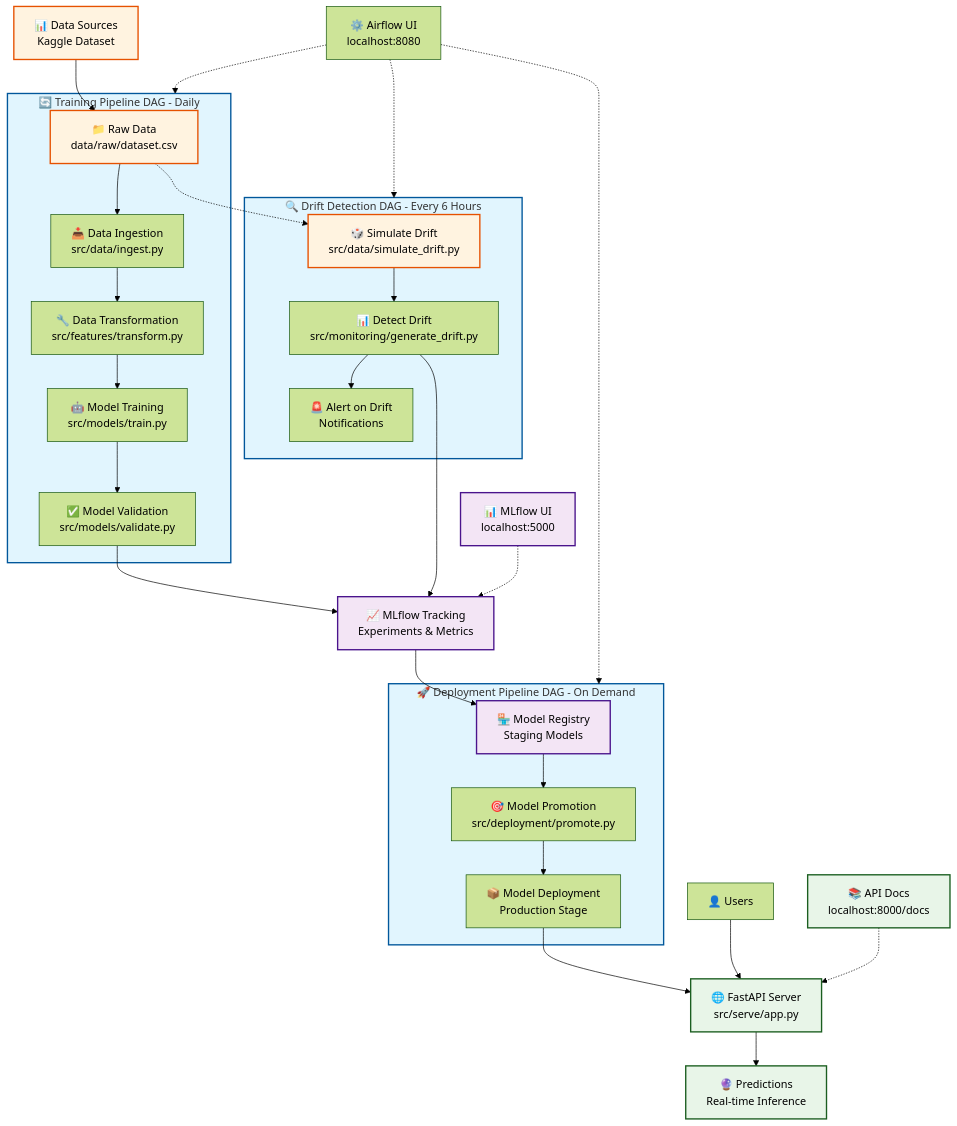
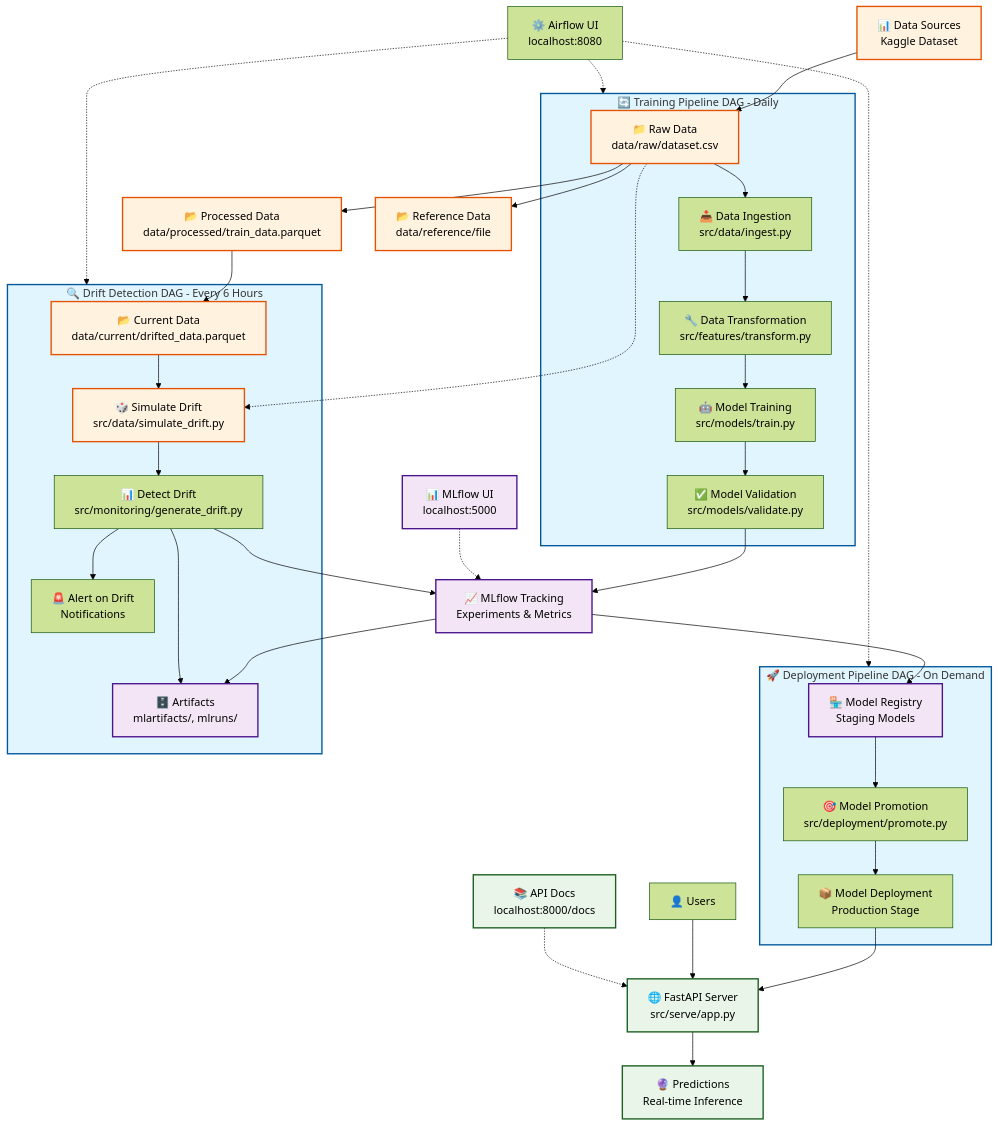
Before and after one commit to akatelync/mlops-final-project: the diagram in README.md, drawn with Mermaid (forest theme). The commit also changed other lines of this file and 6 other files, not shown here.

````diff
--- a/README.md
+++ b/README.md
@@ -20,57 +20,64 @@
 ```mermaid
 graph TB
-    %% Data Sources
-    DS[📊 Data Sources<br/>Kaggle Dataset] --> RAW[📁 Raw Data<br/>data/raw/dataset.csv]
+   %% Data Sources
+   DS[📊 Data Sources<br/>Kaggle Dataset] --> RAW[📁 Raw Data<br/>data/raw/dataset.csv]
 
-    %% Training Pipeline DAG
-    subgraph TP [🔄 Training Pipeline DAG - Daily]
-        RAW --> DI[📥 Data Ingestion<br/>src/data/ingest.py]
-        DI --> DT[🔧 Data Transformation<br/>src/features/transform.py]
-        DT --> MT[🤖 Model Training<br/>src/models/train.py]
-        MT --> MV[✅ Model Validation<br/>src/models/validate.py]
-    end
+   %% Data Storage
+   RAW --> PROC[📂 Processed Data<br/>data/processed/train_data.parquet]
+   RAW --> REF[📂 Reference Data<br/>data/reference/file]
+   PROC --> CURR[📂 Current Data<br/>data/current/drifted_data.parquet]
 
-    %% MLflow Integration
-    MV --> MLF[📈 MLflow Tracking<br/>Experiments & Metrics]
-    MLF --> MR[🏪 Model Registry<br/>Staging Models]
+   %% Training Pipeline DAG
+   subgraph TP [🔄 Training Pipeline DAG - Daily]
+      RAW --> DI[📥 Data Ingestion<br/>src/data/ingest.py]
+      DI --> DT[🔧 Data Transformation<br/>src/features/transform.py]
+      DT --> MT[🤖 Model Training<br/>src/models/train.py]
+      MT --> MV[✅ Model Validation<br/>src/models/validate.py]
+   end
 
-    %% Deployment Pipeline DAG
-    subgraph DP [🚀 Deployment Pipeline DAG - On Demand]
-        MR --> MP[🎯 Model Promotion<br/>src/deployment/promote.py]
-        MP --> MD[📦 Model Deployment<br/>Production Stage]
-    end
+   %% MLflow Integration
+   MV --> MLF[📈 MLflow Tracking<br/>Experiments & Metrics]
+   MLF --> MR[🏪 Model Registry<br/>Staging Models]
+   MLF --> ART[🗄️ Artifacts<br/>mlartifacts/, mlruns/]
 
-    %% Drift Detection Pipeline DAG
-    subgraph DD [🔍 Drift Detection DAG - Every 6 Hours]
-        SD[🎲 Simulate Drift<br/>src/data/simulate_drift.py]
-        SD --> DDT[📊 Detect Drift<br/>src/monitoring/generate_drift.py]
-        DDT --> AL[🚨 Alert on Drift<br/>Notifications]
-    end
+   %% Deployment Pipeline DAG
+   subgraph DP [🚀 Deployment Pipeline DAG - On Demand]
+      MR --> MP[🎯 Model Promotion<br/>src/deployment/promote.py]
+      MP --> MD[📦 Model Deployment<br/>Production Stage]
+   end
 
-    %% Current Data Flow
-    RAW -.-> SD
-    DDT --> MLF
+   %% Drift Detection Pipeline DAG
+   subgraph DD [🔍 Drift Detection DAG - Every 6 Hours]
+      CURR --> SD[🎲 Simulate Drift<br/>src/data/simulate_drift.py]
+      SD --> DDT[📊 Detect Drift<br/>src/monitoring/generate_drift.py]
+      DDT --> AL[🚨 Alert on Drift<br/>Notifications]
+      DDT --> ART
+   end
 
-    %% Model Serving
-    MD --> API[🌐 FastAPI Server<br/>src/serve/app.py]
-    API --> PRED[🔮 Predictions<br/>Real-time Inference]
+   %% Current Data Flow
+   RAW -.-> SD
+   DDT --> MLF
 
-    %% External Access
-    USER[👤 Users] --> API
-    AIRFLOW[⚙️ Airflow UI<br/>localhost:8080] -.-> TP
-    AIRFLOW -.-> DP
-    AIRFLOW -.-> DD
-    MLFLOW_UI[📊 MLflow UI<br/>localhost:5000] -.-> MLF
-    API_DOCS[📚 API Docs<br/>localhost:8000/docs] -.-> API
+   %% Model Serving
+   MD --> API[🌐 FastAPI Server<br/>src/serve/app.py]
+   API --> PRED[🔮 Predictions<br/>Real-time Inference]
 
-    %% Styling
-    classDef dagBox fill:#e1f5fe,stroke:#01579b,stroke-width:2px
-    classDef mlflowBox fill:#f3e5f5,stroke:#4a148c,stroke-width:2px
-    classDef apiBox fill:#e8f5e8,stroke:#1b5e20,stroke-width:2px
-    classDef dataBox fill:#fff3e0,stroke:#e65100,stroke-width:2px
+   %% External Access
+   USER[👤 Users] --> API
+   AIRFLOW[⚙️ Airflow UI<br/>localhost:8080] -.-> TP
+   AIRFLOW -.-> DP
+   AIRFLOW -.-> DD
+   MLFLOW_UI[📊 MLflow UI<br/>localhost:5000] -.-> MLF
+   API_DOCS[📚 API Docs<br/>localhost:8000/docs] -.-> API
 
-    class TP,DP,DD dagBox
-    class MLF,MR,MLFLOW_UI mlflowBox
-    class API,PRED,API_DOCS apiBox
-    class DS,RAW,SD dataBox
+   %% Styling
+   classDef dagBox fill:#e1f5fe,stroke:#01579b,stroke-width:2px
+   classDef mlflowBox fill:#f3e5f5,stroke:#4a148c,stroke-width:2px
+   classDef apiBox fill:#e8f5e8,stroke:#1b5e20,stroke-width:2px
+   classDef dataBox fill:#fff3e0,stroke:#e65100,stroke-width:2px
+
+   class TP,DP,DD dagBox
+   class MLF,MR,MLFLOW_UI,ART mlflowBox
+   class API,PRED,API_DOCS apiBox
+   class DS,RAW,SD,PROC,CURR,REF dataBox
 ```
````
